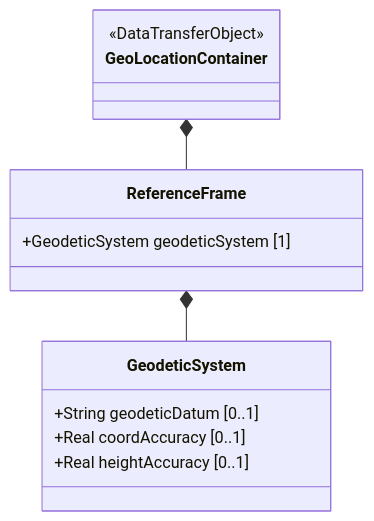
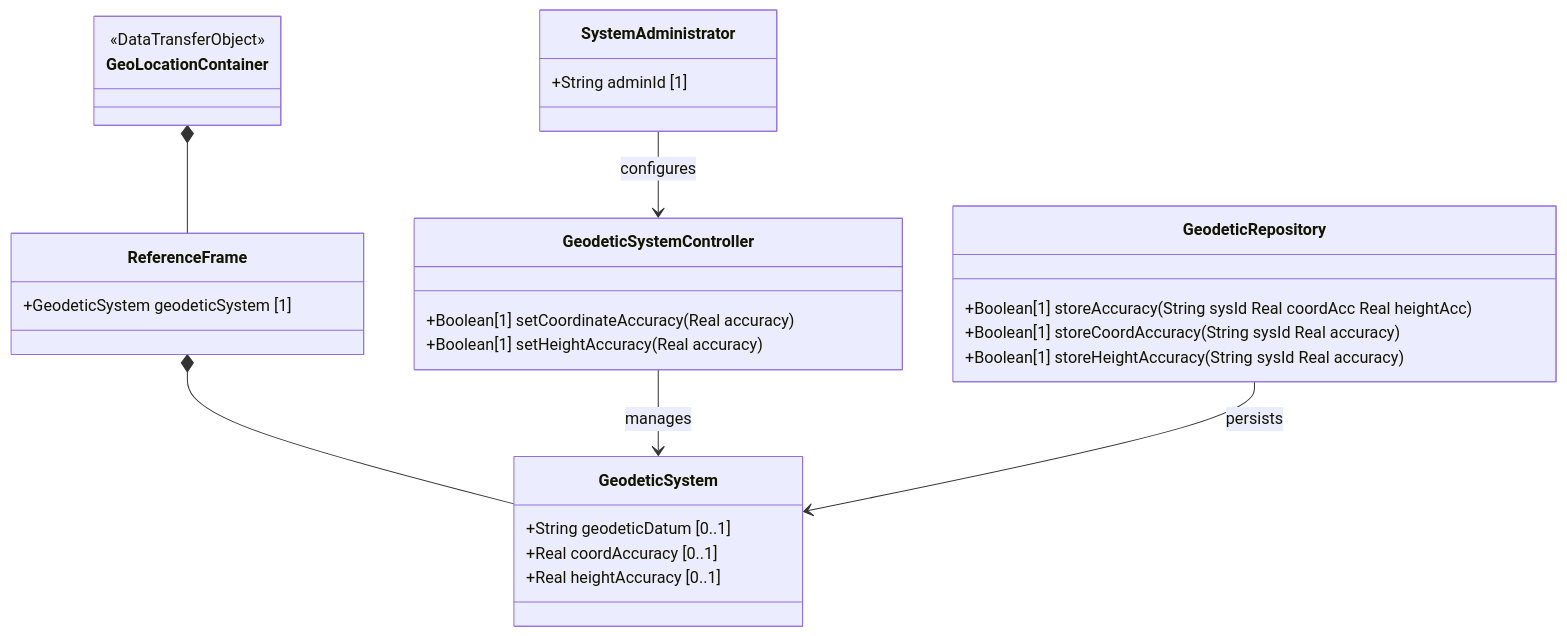
One commit to gintatkinson/3dgs-011 changed the diagram in docs/features/feat-02-geodetic-datum-accuracy.md. Above: the diagram before and after it, drawn with Mermaid. The commit also changed 16 other files, not shown here.

````diff
--- a/docs/features/feat-02-geodetic-datum-accuracy.md
+++ b/docs/features/feat-02-geodetic-datum-accuracy.md
@@ -20,16 +20,31 @@
 ```mermaid
 classDiagram
     class ReferenceFrame {
         +GeodeticSystem geodeticSystem [1]
     }
     class GeodeticSystem {
         +String geodeticDatum [0..1]
         +Real coordAccuracy [0..1]
         +Real heightAccuracy [0..1]
     }
     class GeoLocationContainer {
         <<DataTransferObject>>
     }
     GeoLocationContainer *-- ReferenceFrame
     ReferenceFrame *-- GeodeticSystem
+    class GeodeticSystemController {
+        +Boolean[1] setCoordinateAccuracy(Real accuracy)
+        +Boolean[1] setHeightAccuracy(Real accuracy)
+    }
+    class GeodeticRepository {
+        +Boolean[1] storeAccuracy(String sysId Real coordAcc Real heightAcc)
+        +Boolean[1] storeCoordAccuracy(String sysId Real accuracy)
+        +Boolean[1] storeHeightAccuracy(String sysId Real accuracy)
+    }
+    class SystemAdministrator {
+        +String adminId [1]
+    }
+    GeodeticSystemController --> GeodeticSystem : manages
+    GeodeticRepository --> GeodeticSystem : persists
+    SystemAdministrator --> GeodeticSystemController : configures
 ```
````
